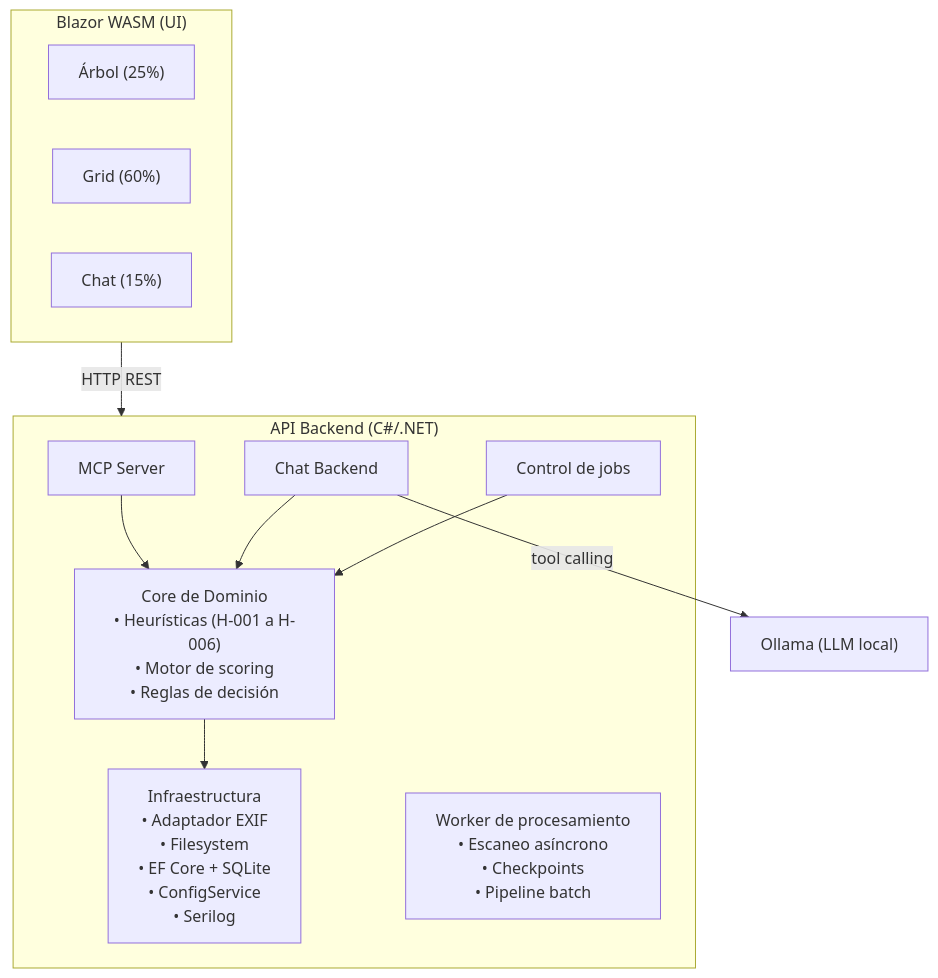
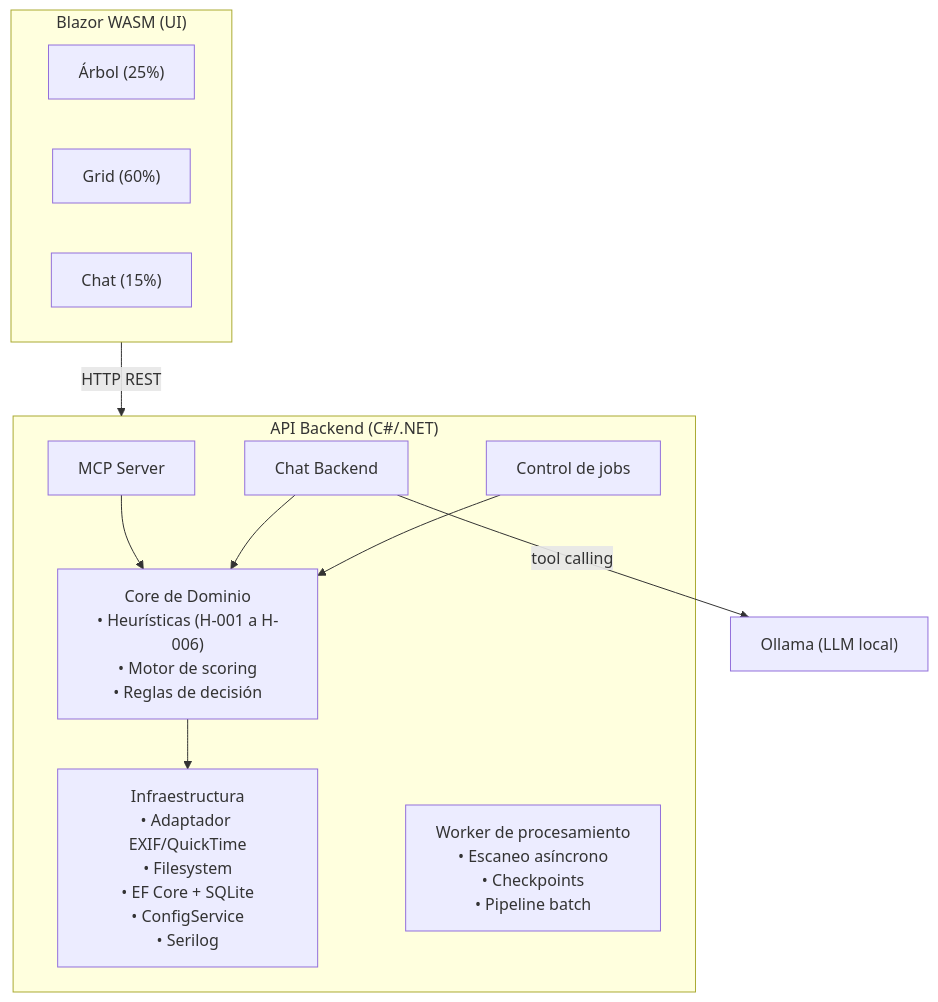
Before and after one commit to javixulo/SnapTime: the diagram in docs/03-blueprint-flujo-modulos-y-fases.md, drawn with Mermaid. The commit also changed other lines of this file and 15 other files, not shown here.

````diff
--- a/docs/03-blueprint-flujo-modulos-y-fases.md
+++ b/docs/03-blueprint-flujo-modulos-y-fases.md
@@ -5,27 +5,26 @@
 ```mermaid
 flowchart TB
     subgraph UI["Blazor WASM (UI)"]
         direction LR
         A1["Árbol (25%)"]
         A2["Grid (60%)"]
         A3["Chat (15%)"]
     end
 
     UI -->|HTTP REST| API
 
     subgraph API["API Backend (C#/.NET)"]
         MCP["MCP Server"]
         CHAT["Chat Backend"]
         JOBS["Control de jobs"]
         CORE["Core de Dominio<br/>• Heurísticas (H-001 a H-006)<br/>• Motor de scoring<br/>• Reglas de decisión"]
-        INFRA["Infraestructura<br/>• Adaptador EXIF<br/>• Filesystem<br/>• EF Core + SQLite<br/>• ConfigService<br/>• Serilog"]
+        INFRA["Infraestructura<br/>• Adaptador EXIF/QuickTime<br/>• Filesystem<br/>• EF Core + SQLite<br/>• ConfigService<br/>• Serilog"]
         WORKER["Worker de procesamiento<br/>• Escaneo asíncrono<br/>• Checkpoints<br/>• Pipeline batch"]
-
         MCP --> CORE
         CHAT --> CORE
         JOBS --> CORE
         CORE --> INFRA
     end
 
     CHAT -->|tool calling| OLLAMA["Ollama (LLM local)"]
 ```
````
